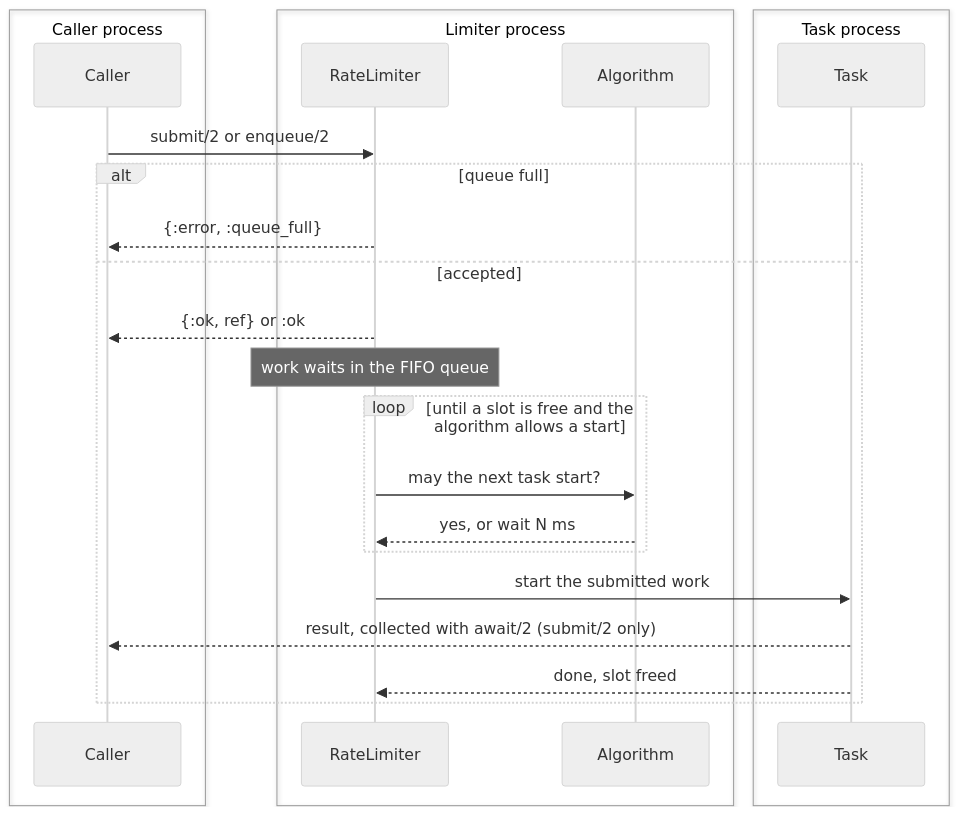
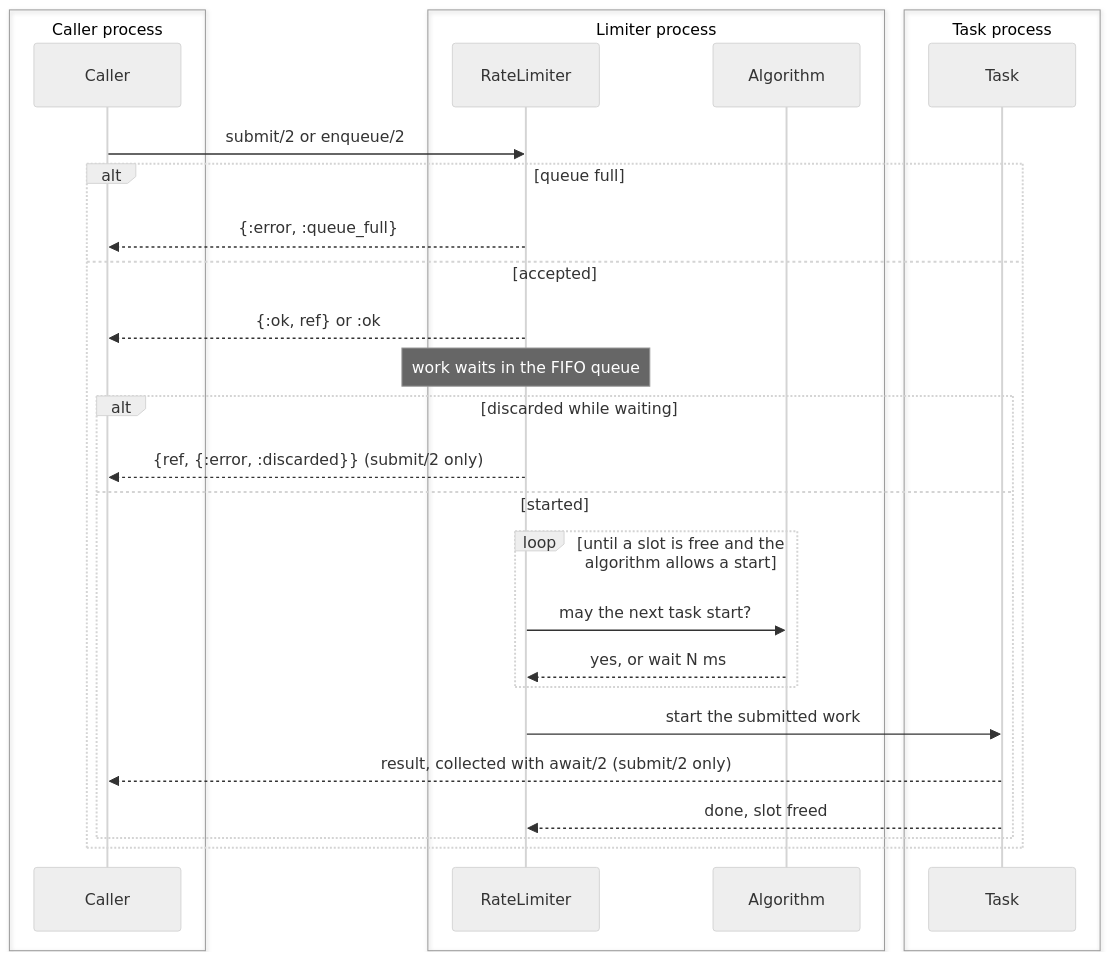
The diagram in README.md (Fl4m3Ph03n1x/rate_limiter), drawn with Mermaid (neutral theme) before and after one commit. The commit also changed other lines of this file, not shown here.

Commit message:
updated docs for discard_waiting

````diff
--- a/README.md
+++ b/README.md
@@ -292,28 +309,32 @@
 ```mermaid
 sequenceDiagram
   box Caller process
     participant Caller
   end
   box Limiter process
     participant Limiter as RateLimiter
     participant Algorithm
   end
   box Task process
     participant Task
   end
 
   Caller->>Limiter: submit/2 or enqueue/2
   alt queue full
     Limiter-->>Caller: {:error, :queue_full}
   else accepted
     Limiter-->>Caller: {:ok, ref} or :ok
     Note over Limiter: work waits in the FIFO queue
-    loop until a slot is free and the algorithm allows a start
-      Limiter->>Algorithm: may the next task start?
-      Algorithm-->>Limiter: yes, or wait N ms
+    alt discarded while waiting
+      Limiter-->>Caller: {ref, {:error, :discarded}} (submit/2 only)
+    else started
+      loop until a slot is free and the algorithm allows a start
+        Limiter->>Algorithm: may the next task start?
+        Algorithm-->>Limiter: yes, or wait N ms
+      end
+      Limiter->>Task: start the submitted work
+      Task-->>Caller: result, collected with await/2 (submit/2 only)
+      Task-->>Limiter: done, slot freed
     end
-    Limiter->>Task: start the submitted work
-    Task-->>Caller: result, collected with await/2 (submit/2 only)
-    Task-->>Limiter: done, slot freed
   end
 ```
````
